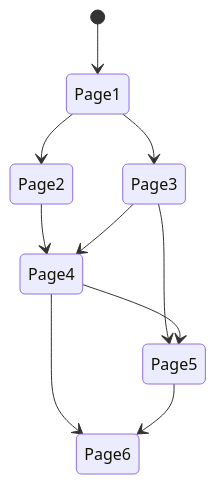
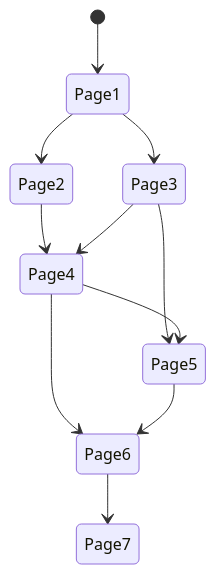
Before and after one commit to bearbob/cyoa_engine: the diagram in docs/proposal_stateless/PageStateFlow.md, drawn with Mermaid. The commit also changed other lines of this file and 5 other files, not shown here.

````diff
--- a/docs/proposal_stateless/PageStateFlow.md
+++ b/docs/proposal_stateless/PageStateFlow.md
@@ -10,12 +12,13 @@
 ```mermaid
 stateDiagram-v2
     [*] --> Page1
     Page1 --> Page2
     Page1 --> Page3
     Page2 --> Page4
     Page3 --> Page4
     Page3 --> Page5
     Page4 --> Page5
     Page4 --> Page6
     Page5 --> Page6
+    Page6 --> Page7
 ```
````
